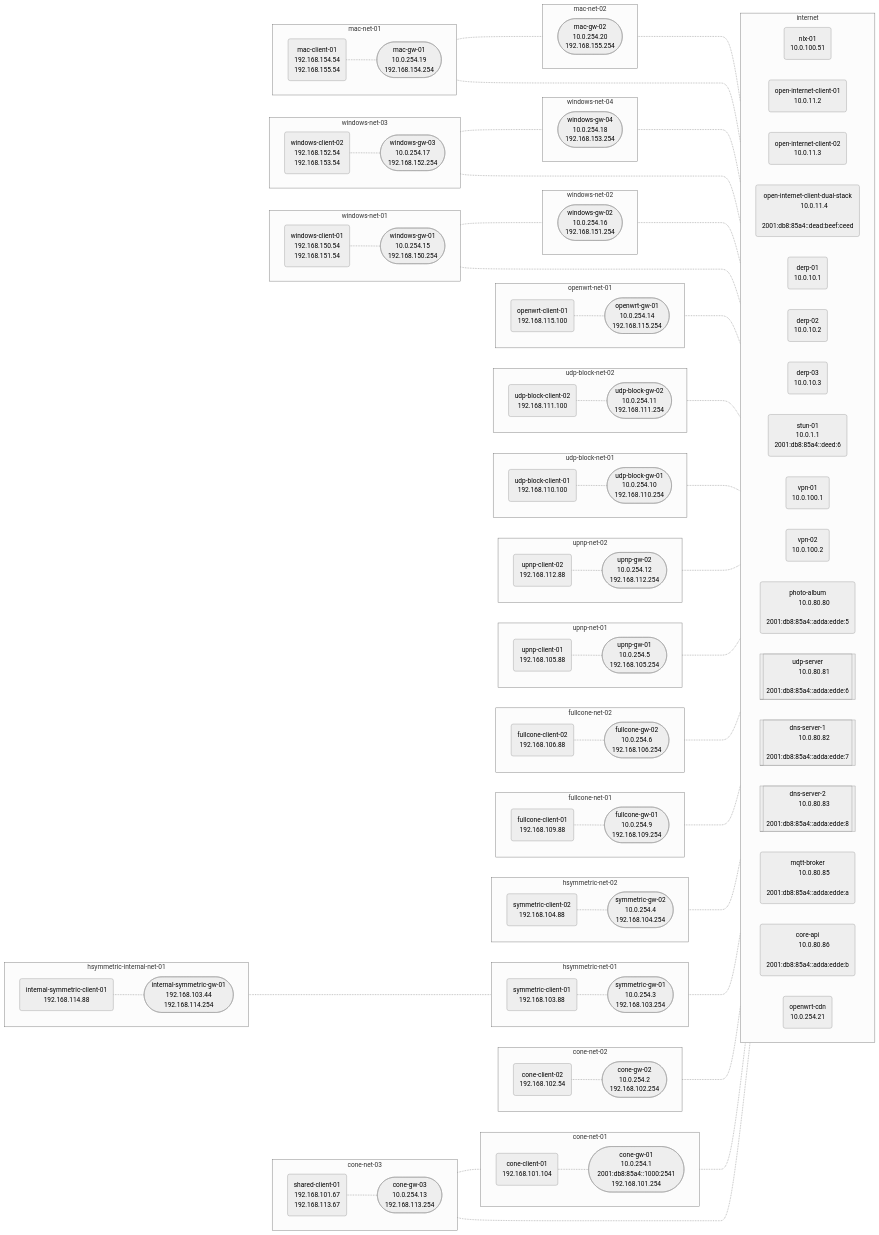
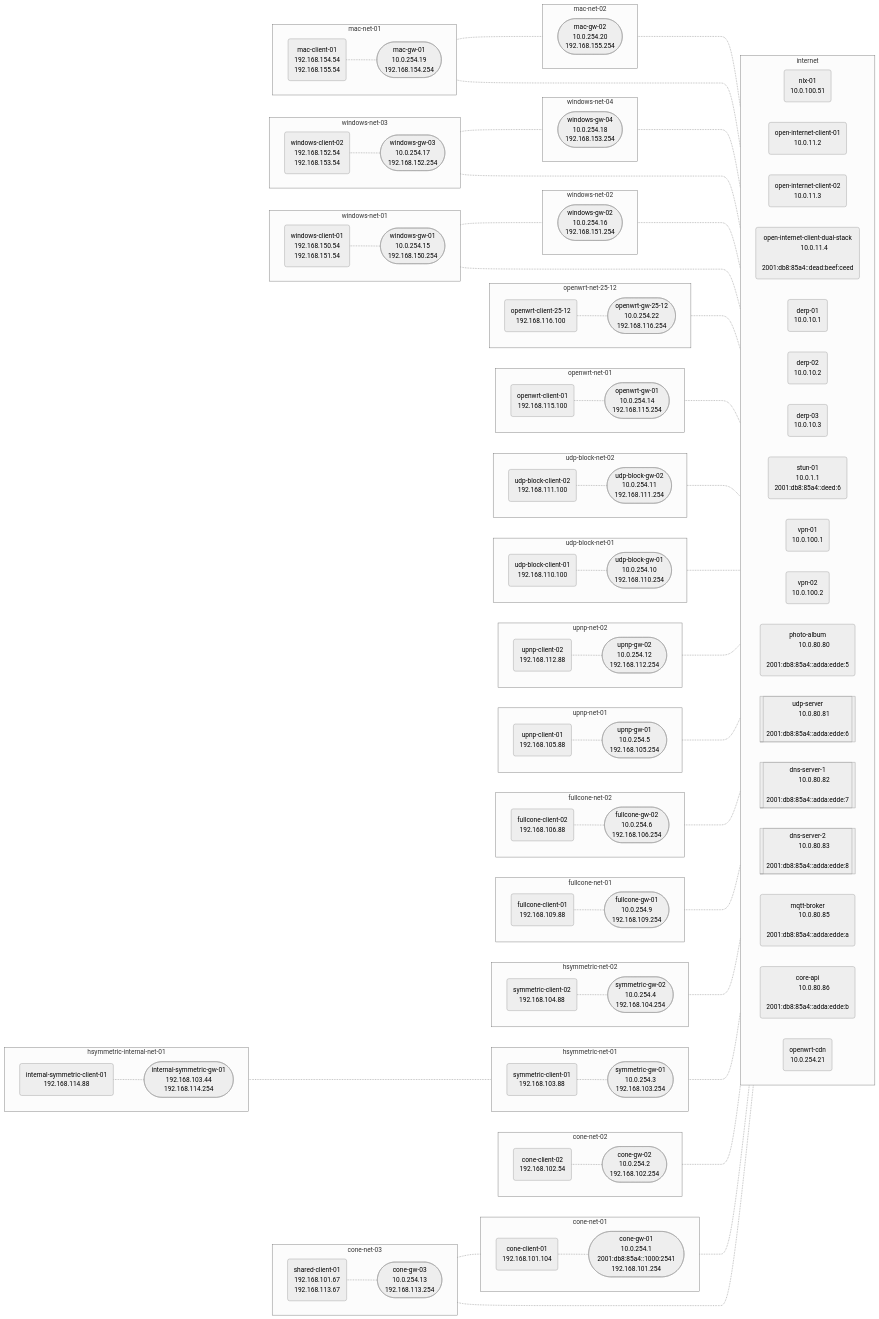
One commit to NordSecurity/libtelio changed the diagram in nat-lab/network.md. Above: the diagram before and after it, drawn with Mermaid (neutral theme). The commit also changed 17 other files, not shown here.

```diff
--- a/nat-lab/network.md
+++ b/nat-lab/network.md
@@ -182,6 +182,16 @@
         192.168.115.254"])
   end
 
+  %% Network openwrt-net-25-12
+  subgraph openwrt-net-25-12[openwrt-net-25-12]
+  direction LR
+    openwrt-client-25-12("openwrt-client-25-12
+        192.168.116.100")
+    openwrt-gw-25-12(["openwrt-gw-25-12
+        10.0.254.22
+        192.168.116.254"])
+  end
+
   %% Network windows-net-01
   subgraph windows-net-01[windows-net-01]
   direction LR
@@ -261,6 +271,7 @@
   udp-block-gw-01 -..- internet
   udp-block-gw-02 -..- internet
   openwrt-gw-01 -..- internet
+  openwrt-gw-25-12 -..- internet
   windows-gw-01 -..- internet
   windows-gw-02 -..- internet
   windows-gw-03 -..- internet
@@ -282,6 +293,7 @@
   udp-block-client-01 -.- udp-block-gw-01
   udp-block-client-02 -.- udp-block-gw-02
   openwrt-client-01 -.- openwrt-gw-01
+  openwrt-client-25-12 -.- openwrt-gw-25-12
   windows-client-01 -.- windows-gw-01
   windows-client-01 -.- windows-gw-02
   windows-client-02 -.- windows-gw-03
```
